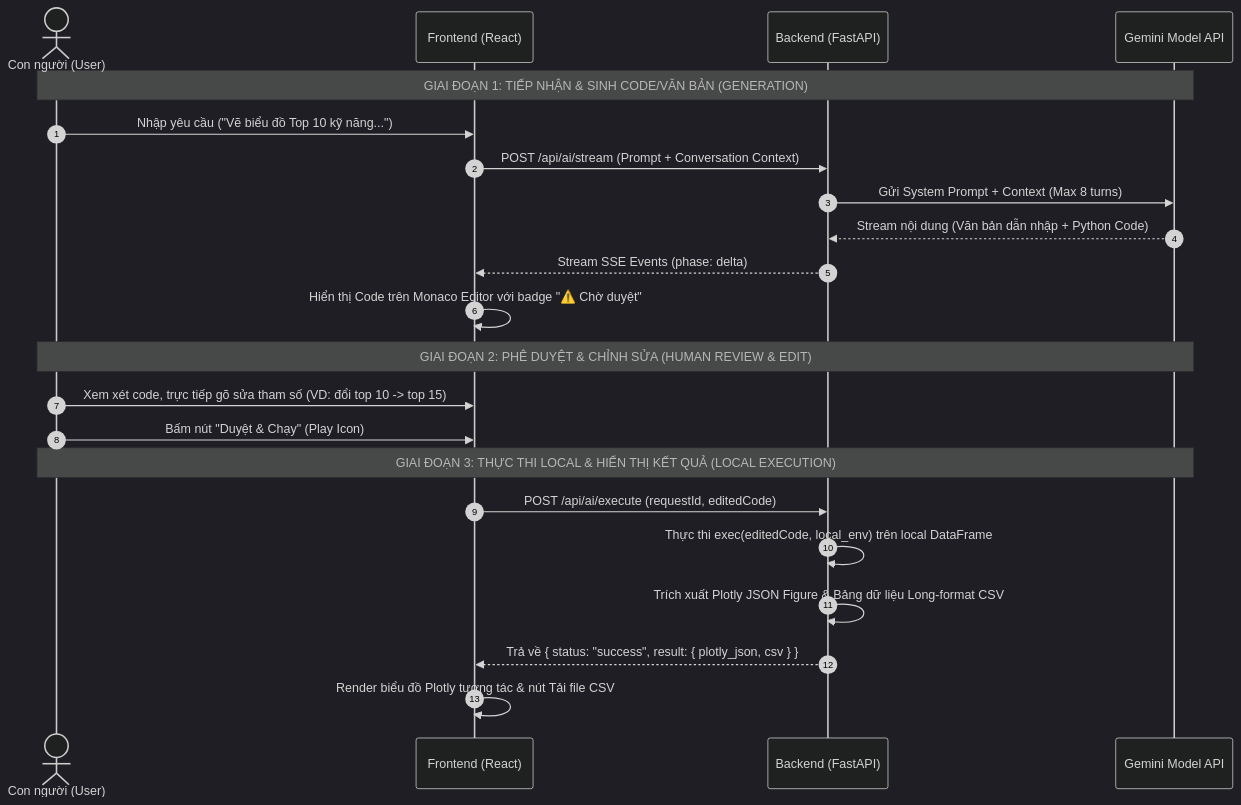
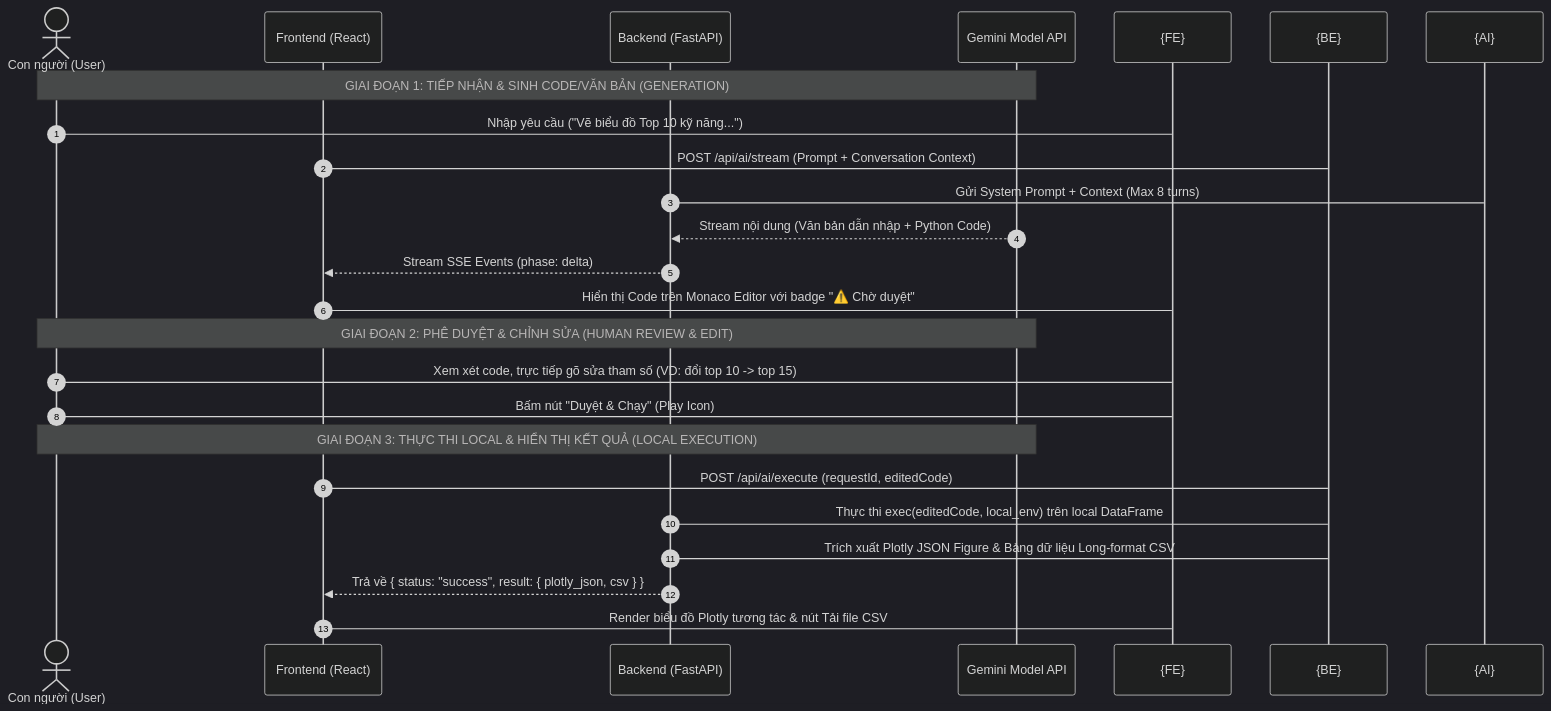
Before and after one commit to TrucHang676/TQH-FINAL-PROJECT-N5: the diagram in README_AI.md, drawn with Mermaid (dark theme). The commit also changed other lines of this file and 1 other file, not shown here.

````diff
--- a/README_AI.md
+++ b/README_AI.md
@@ -63,27 +63,27 @@
 ```mermaid
 sequenceDiagram
     autonumber
     actor User as Con người (User)
     participant FE as Frontend (React)
     participant BE as Backend (FastAPI)
     participant AI as Gemini Model API
 
     Note over User, AI: GIAI ĐOẠN 1: TIẾP NHẬN & SINH CODE/VĂN BẢN (GENERATION)
-    User->>FE: Nhập yêu cầu ("Vẽ biểu đồ Top 10 kỹ năng...")
-    FE->>BE: POST /api/ai/stream (Prompt + Conversation Context)
-    BE->>AI: Gửi System Prompt + Context (Max 8 turns)
+    User->{FE}: Nhập yêu cầu ("Vẽ biểu đồ Top 10 kỹ năng...")
+    FE->{BE}: POST /api/ai/stream (Prompt + Conversation Context)
+    BE->{AI}: Gửi System Prompt + Context (Max 8 turns)
     AI-->>BE: Stream nội dung (Văn bản dẫn nhập + Python Code)
     BE-->>FE: Stream SSE Events (phase: delta)
-    FE->>FE: Hiển thị Code trên Monaco Editor với badge "⚠️ Chờ duyệt"
+    FE->{FE}: Hiển thị Code trên Monaco Editor với badge "⚠️ Chờ duyệt"
 
     Note over User, AI: GIAI ĐOẠN 2: PHÊ DUYỆT & CHỈNH SỬA (HUMAN REVIEW & EDIT)
-    User->>FE: Xem xét code, trực tiếp gõ sửa tham số (VD: đổi top 10 -> top 15)
-    User->>FE: Bấm nút "Duyệt & Chạy" (Play Icon)
+    User->{FE}: Xem xét code, trực tiếp gõ sửa tham số (VD: đổi top 10 -> top 15)
+    User->{FE}: Bấm nút "Duyệt & Chạy" (Play Icon)
 
     Note over User, AI: GIAI ĐOẠN 3: THỰC THI LOCAL & HIỂN THỊ KẾT QUẢ (LOCAL EXECUTION)
-    FE->>BE: POST /api/ai/execute (requestId, editedCode)
-    BE->>BE: Thực thi exec(editedCode, local_env) trên local DataFrame
-    BE->>BE: Trích xuất Plotly JSON Figure & Bảng dữ liệu Long-format CSV
+    FE->{BE}: POST /api/ai/execute (requestId, editedCode)
+    BE->{BE}: Thực thi exec(editedCode, local_env) trên local DataFrame
+    BE->{BE}: Trích xuất Plotly JSON Figure & Bảng dữ liệu Long-format CSV
     BE-->>FE: Trả về { status: "success", result: { plotly_json, csv } }
-    FE->>FE: Render biểu đồ Plotly tương tác & nút Tải file CSV
+    FE->{FE}: Render biểu đồ Plotly tương tác & nút Tải file CSV
 ```
````
